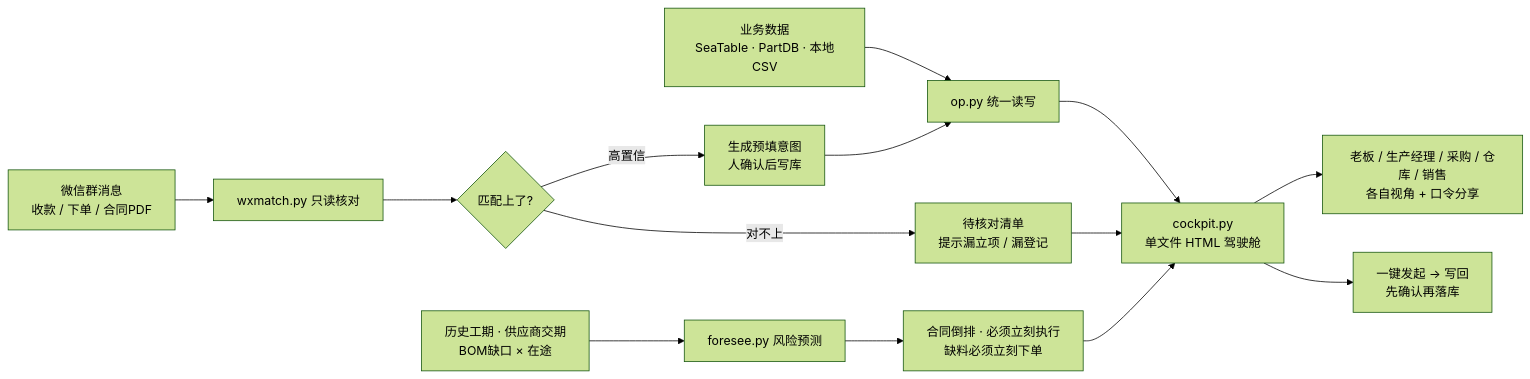
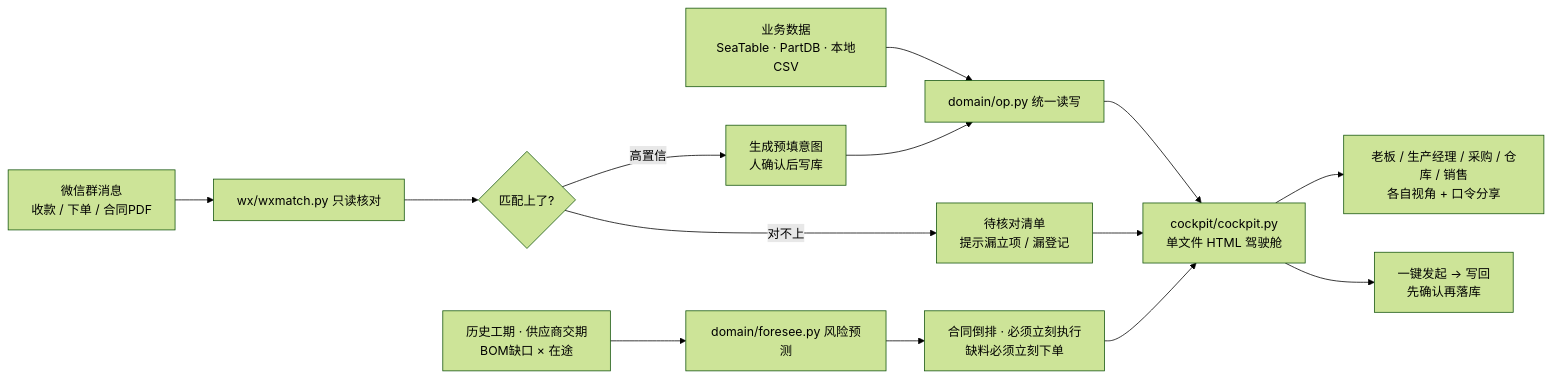
One commit to Darling5/seatable-production changed the diagram in README.md. Above: the diagram before and after it, drawn with Mermaid (forest theme). The commit also changed other lines of this file and 119 other files, not shown here.

````diff
--- a/README.md
+++ b/README.md
@@ -134,16 +164,16 @@
 ```mermaid
 flowchart LR
-    A[业务数据<br/>SeaTable · PartDB · 本地CSV] --> B[op.py 统一读写]
-    B --> C[cockpit.py<br/>单文件 HTML 驾驶舱]
+    A[业务数据<br/>SeaTable · PartDB · 本地CSV] --> B[domain/op.py 统一读写]
+    B --> C[cockpit/cockpit.py<br/>单文件 HTML 驾驶舱]
     C --> D[老板 / 生产经理 / 采购 / 仓库 / 销售<br/>各自视角 + 口令分享]
     C --> E[一键发起 → 写回<br/>先确认再落库]
-    F[微信群消息<br/>收款 / 下单 / 合同PDF] --> G[wxmatch.py 只读核对]
+    F[微信群消息<br/>收款 / 下单 / 合同PDF] --> G[wx/wxmatch.py 只读核对]
     G --> H{匹配上了?}
     H -- 高置信 --> I[生成预填意图<br/>人确认后写库]
     H -- 对不上 --> J[待核对清单<br/>提示漏立项 / 漏登记]
     I --> B
     J --> C
-    K[历史工期 · 供应商交期<br/>BOM缺口 × 在途] --> L[foresee.py 风险预测]
+    K[历史工期 · 供应商交期<br/>BOM缺口 × 在途] --> L[domain/foresee.py 风险预测]
     L --> M[合同倒排 · 必须立刻执行<br/>缺料必须立刻下单]
     M --> C
 ```
````
